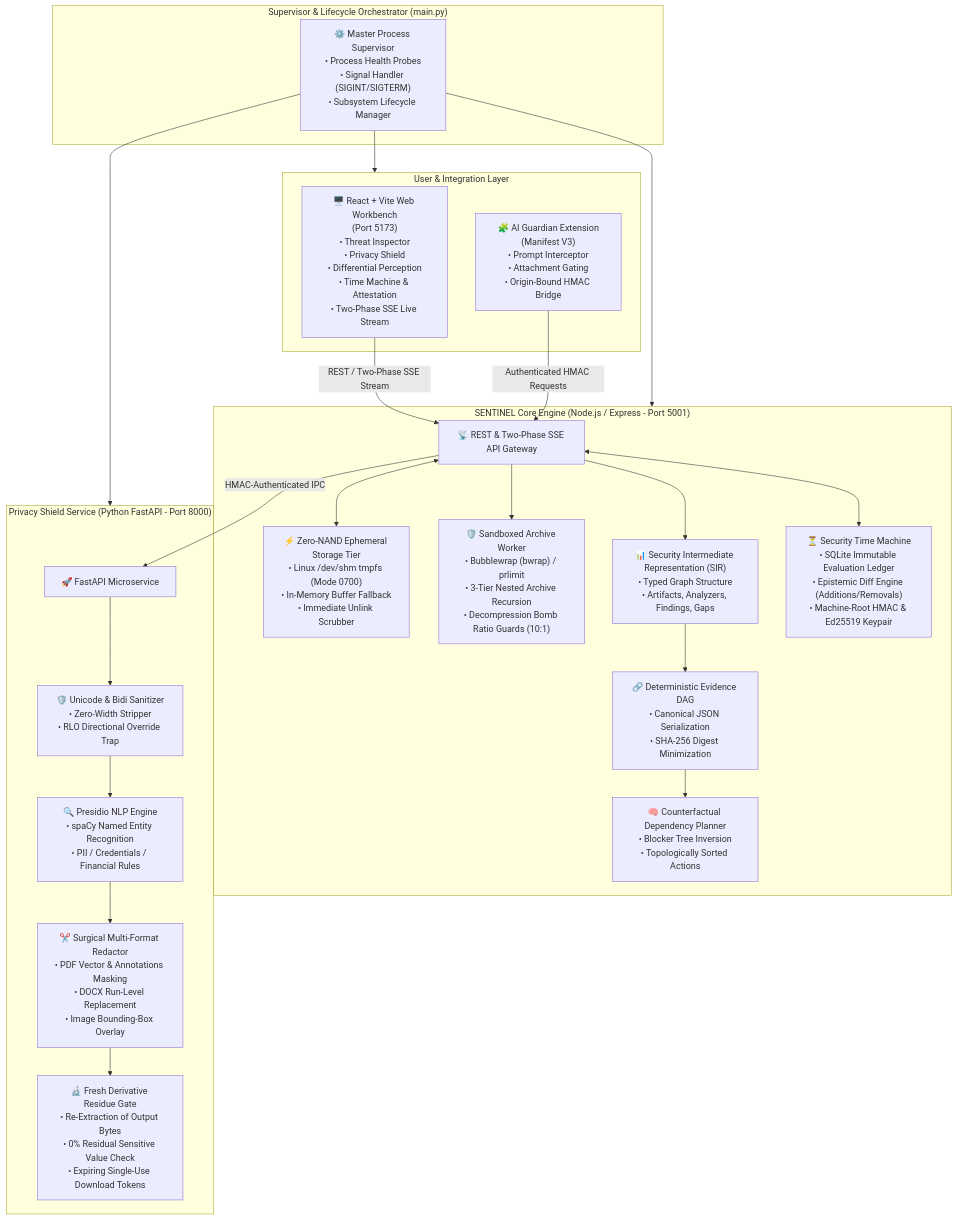
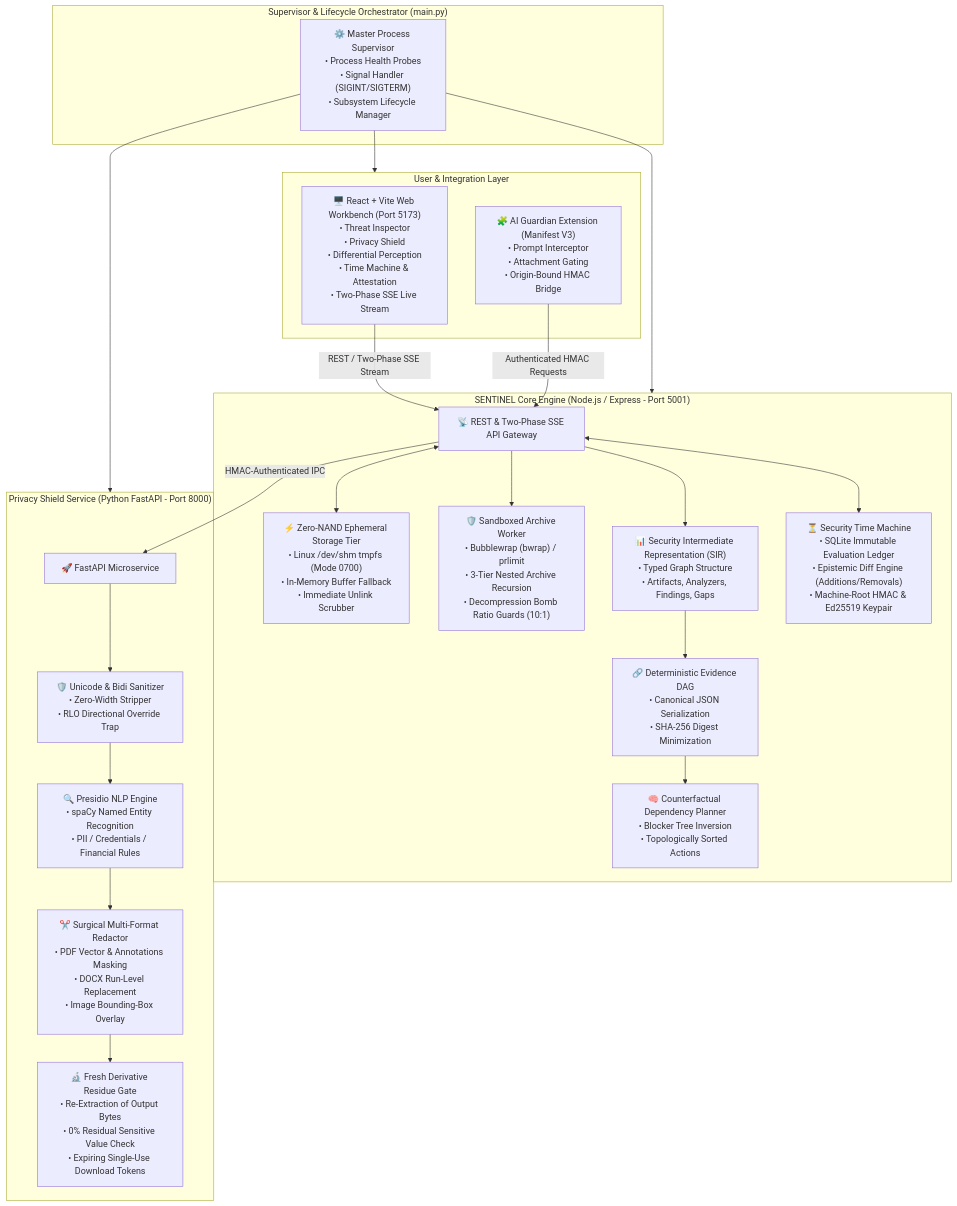
One commit to Aviralgit1212/SENTINEL changed the first of 3 diagrams in README.md. Above: the diagram before and after it, drawn with Mermaid. The commit also changed other lines of this file, not shown here.

Commit message:
docs: expand architectural specifications, mathematical formulations, and subsystem schemas

````diff
--- a/README.md
+++ b/README.md
@@ -90,41 +113,41 @@
 ```mermaid
 flowchart TD
     subgraph ClientSpace ["User & Integration Layer"]
-        UI["🖥️ React + Vite Web Workbench\n(Port 5173)\n• Threat Inspector\n• Privacy Shield\n• Differential Perception\n• Time Machine & Attestation\n• Two-Phase SSE Live Stream"]
-        Ext["🧩 AI Guardian Extension\n(Manifest V3)\n• Prompt Interceptor\n• Attachment Gating\n• Origin-Bound HMAC Bridge"]
+        UI["🖥️ React + Vite Web Workbench (Port 5173)\n• Threat Inspector\n• Privacy Shield\n• Differential Perception\n• Time Machine & Attestation\n• Two-Phase SSE Live Stream"]
+        Ext["🧩 AI Guardian Extension (Manifest V3)\n• Prompt Interceptor\n• Attachment Gating\n• Origin-Bound HMAC Bridge"]
     end
 
     subgraph SupervisorSpace ["Supervisor & Lifecycle Orchestrator (main.py)"]
         Supervisor["⚙️ Master Process Supervisor\n• Process Health Probes\n• Signal Handler (SIGINT/SIGTERM)\n• Subsystem Lifecycle Manager"]
     end
 
     subgraph CoreSpace ["SENTINEL Core Engine (Node.js / Express - Port 5001)"]
         Gateway["📡 REST & Two-Phase SSE API Gateway"]
         Vault["⚡ Zero-NAND Ephemeral Storage Tier\n• Linux /dev/shm tmpfs (Mode 0700)\n• In-Memory Buffer Fallback\n• Immediate Unlink Scrubber"]
         Worker["🛡️ Sandboxed Archive Worker\n• Bubblewrap (bwrap) / prlimit\n• 3-Tier Nested Archive Recursion\n• Decompression Bomb Ratio Guards (10:1)"]
         SIRCompiler["📊 Security Intermediate Representation (SIR)\n• Typed Graph Structure\n• Artifacts, Analyzers, Findings, Gaps"]
         DAGGen["🔗 Deterministic Evidence DAG\n• Canonical JSON Serialization\n• SHA-256 Digest Minimization"]
         Planner["🧠 Counterfactual Dependency Planner\n• Blocker Tree Inversion\n• Topologically Sorted Actions"]
         STM["⏳ Security Time Machine\n• SQLite Immutable Evaluation Ledger\n• Epistemic Diff Engine (Additions/Removals)\n• Machine-Root HMAC & Ed25519 Keypair"]
     end
 
     subgraph PrivacySpace ["Privacy Shield Service (Python FastAPI - Port 8000)"]
         FastAPI["🚀 FastAPI Microservice"]
         Sanitizer["🛡️ Unicode & Bidi Sanitizer\n• Zero-Width Stripper\n• RLO Directional Override Trap"]
         Presidio["🔍 Presidio NLP Engine\n• spaCy Named Entity Recognition\n• PII / Credentials / Financial Rules"]
         Redactor["✂️ Surgical Multi-Format Redactor\n• PDF Vector & Annotations Masking\n• DOCX Run-Level Replacement\n• Image Bounding-Box Overlay"]
         ResidueGate["🔬 Fresh Derivative Residue Gate\n• Re-Extraction of Output Bytes\n• 0% Residual Sensitive Value Check\n• Expiring Single-Use Download Tokens"]
     end
 
     UI -- "REST / Two-Phase SSE Stream" --> Gateway
     Ext -- "Authenticated HMAC Requests" --> Gateway
     Gateway <--> Vault
     Gateway --> Worker
     Gateway --> SIRCompiler --> DAGGen --> Planner
     Gateway <--> STM
     Gateway -- "HMAC-Authenticated IPC" --> FastAPI
     FastAPI --> Sanitizer --> Presidio --> Redactor --> ResidueGate
     Supervisor --> CoreSpace
     Supervisor --> PrivacySpace
     Supervisor --> ClientSpace
 ```
````
